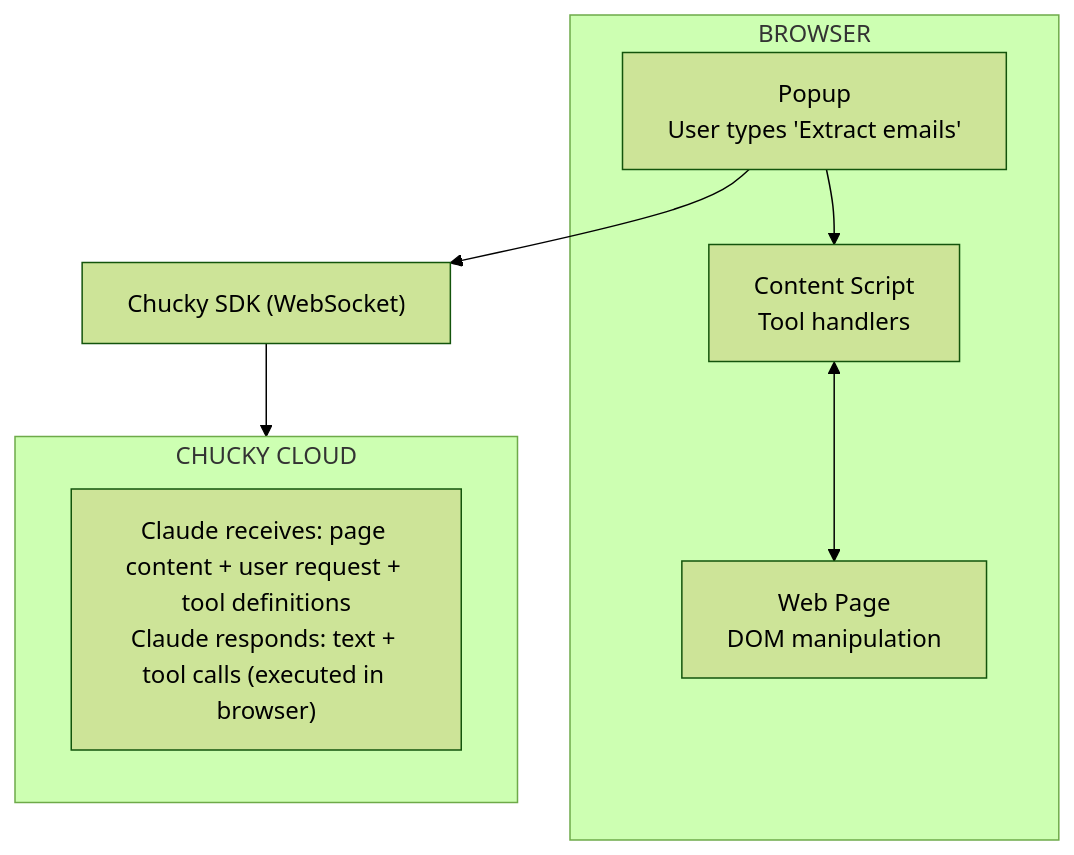
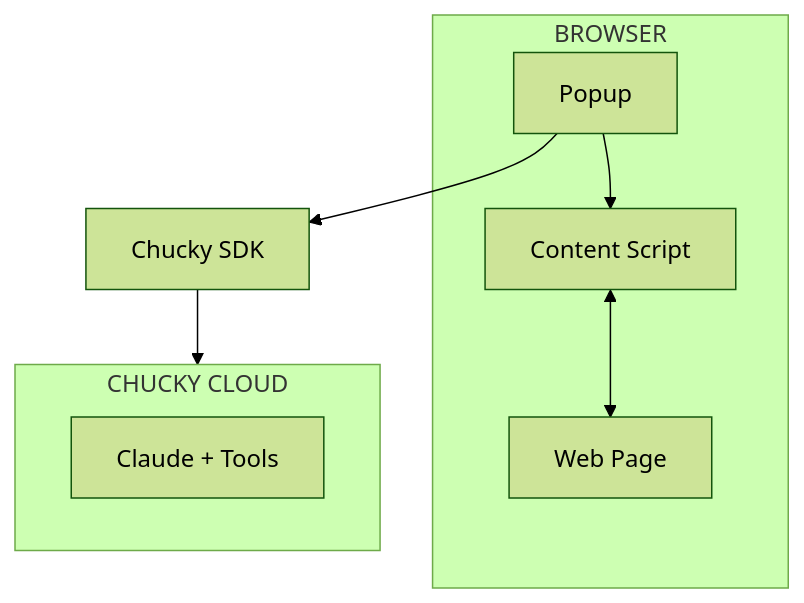
Before and after one commit to centyso-dev/docs: the diagram in use-cases/browser-extensions.mdx, drawn with Mermaid (forest theme). The commit also changed 6 other files, not shown here.

First line of the commit message:
fix: simplify Mermaid diagrams - remove unsupported \n

````diff
--- a/use-cases/browser-extensions.mdx
+++ b/use-cases/browser-extensions.mdx
@@ -18,20 +18,20 @@
 ```mermaid
 flowchart TB
     subgraph browser["BROWSER"]
-        popup["Popup\nUser types 'Extract emails'"]
-        content["Content Script\nTool handlers"]
-        page["Web Page\nDOM manipulation"]
+        popup["Popup"]
+        content["Content Script"]
+        page["Web Page"]
 
         popup --> content
         content <--> page
     end
 
-    sdk["Chucky SDK (WebSocket)"]
+    sdk["Chucky SDK"]
 
     subgraph cloud["CHUCKY CLOUD"]
-        claude["Claude receives: page content + user request + tool definitions\nClaude responds: text + tool calls (executed in browser)"]
+        claude["Claude + Tools"]
     end
 
     popup --> sdk
     sdk --> cloud
 ```
````
